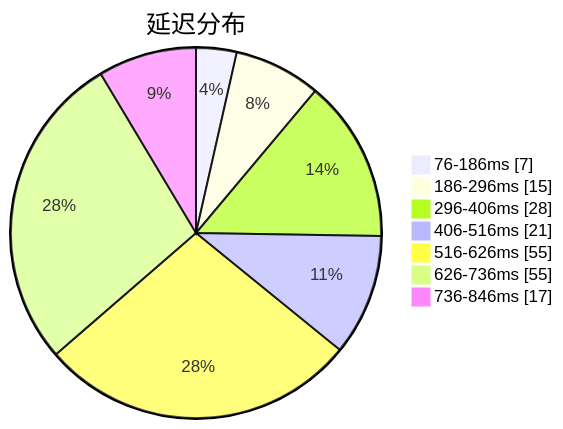
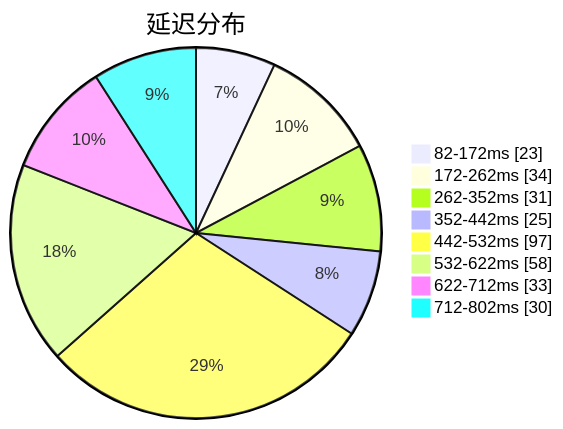
One commit to sinspired/airport changed the first of 3 diagrams in subs/statistics/tested_within.md. Above: the diagram before and after it, drawn with Mermaid. The commit also changed other lines of this file and 2 other files, not shown here.

````diff
--- a/subs/statistics/tested_within.md
+++ b/subs/statistics/tested_within.md
@@ -2,11 +2,12 @@
 ```mermaid
 pie showData
 title 延迟分布
-"76-186ms" : 7
-"186-296ms" : 15
-"296-406ms" : 28
-"406-516ms" : 21
-"516-626ms" : 55
-"626-736ms" : 55
-"736-846ms" : 17
+"82-172ms" : 23
+"172-262ms" : 34
+"262-352ms" : 31
+"352-442ms" : 25
+"442-532ms" : 97
+"532-622ms" : 58
+"622-712ms" : 33
+"712-802ms" : 30
 ```
````
